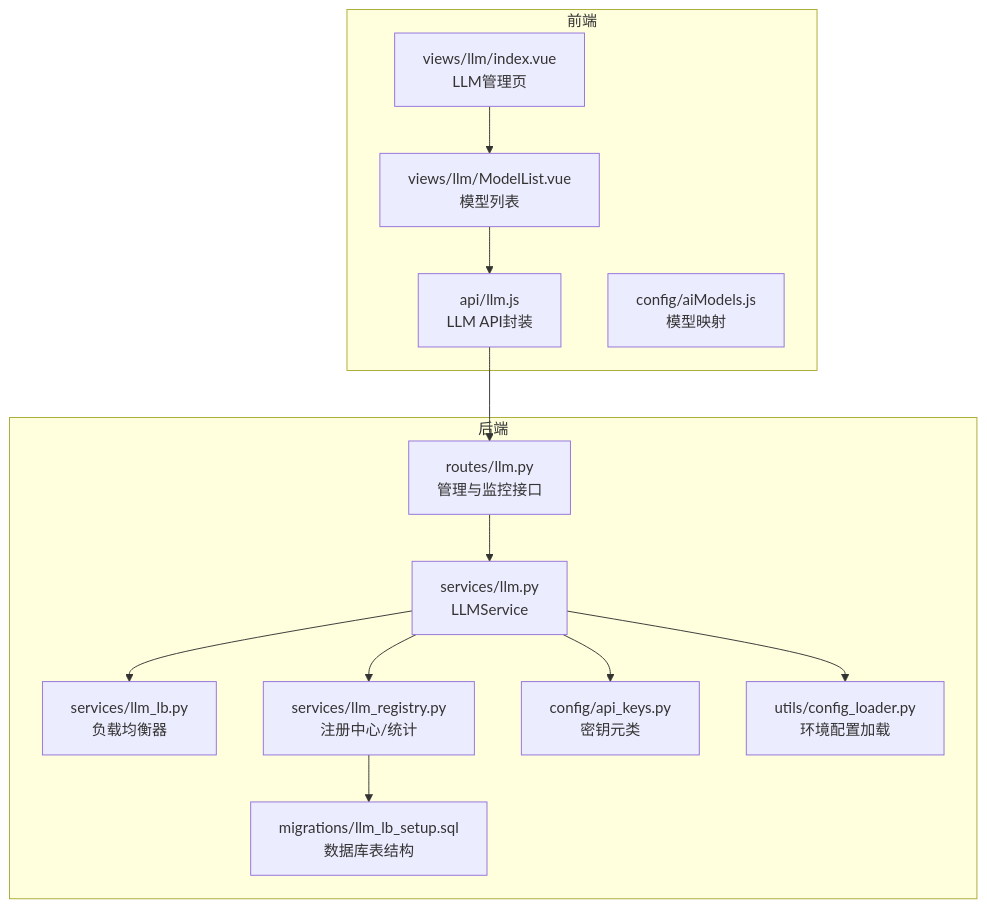
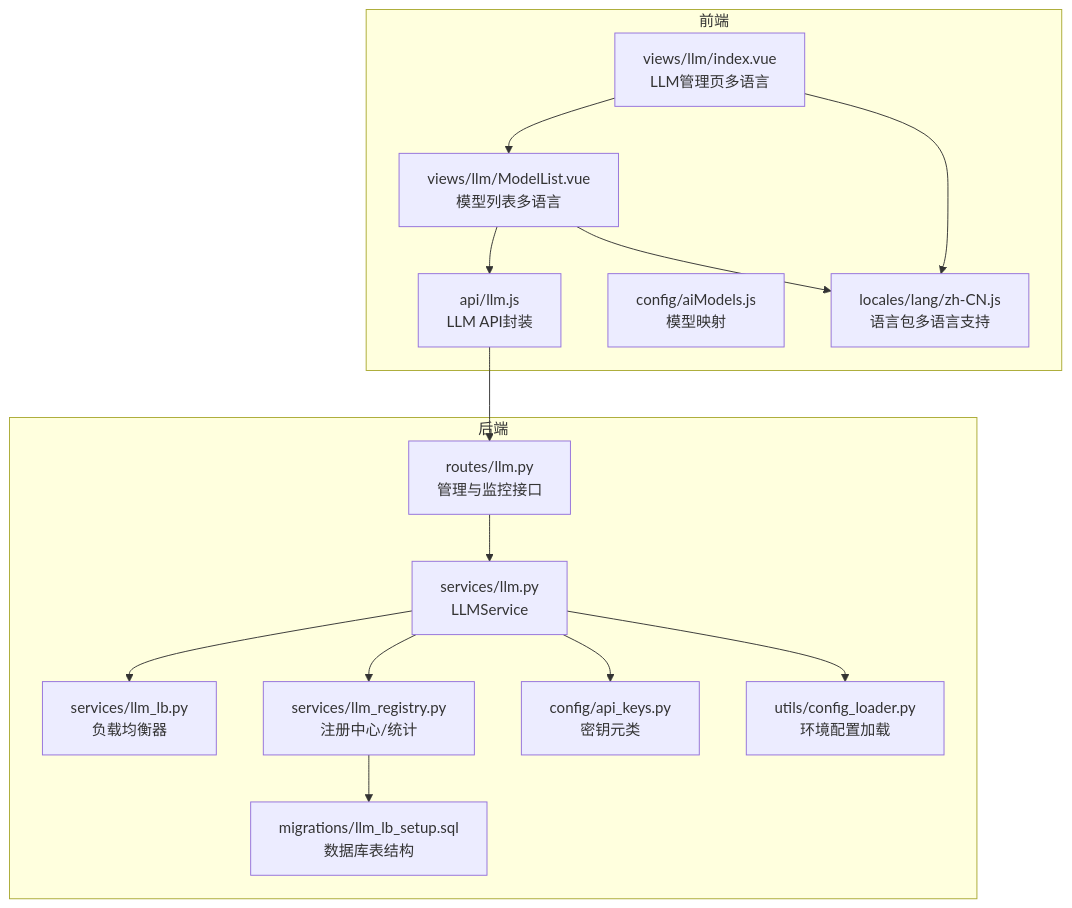
The first of 8 diagrams in .qoder/repowiki/zh/content/核心功能模块/AI研究分析系统/LLM集成系统/LLM集成系统.md (joezxh/QuantDinger), drawn with Mermaid before and after one commit. The commit also changed other lines of this file and 116 other files, not shown here.

````diff
--- a/.qoder/repowiki/zh/content/核心功能模块/AI研究分析系统/LLM集成系统/LLM集成系统.md
+++ b/.qoder/repowiki/zh/content/核心功能模块/AI研究分析系统/LLM集成系统/LLM集成系统.md
@@ -44,27 +52,30 @@
 ```mermaid
 graph TB
 subgraph "后端"
 R["routes/llm.py<br/>管理与监控接口"]
 S["services/llm.py<br/>LLMService"]
 LB["services/llm_lb.py<br/>负载均衡器"]
 REG["services/llm_registry.py<br/>注册中心/统计"]
 CFG["config/api_keys.py<br/>密钥元类"]
 CL["utils/config_loader.py<br/>环境配置加载"]
 SQL["migrations/llm_lb_setup.sql<br/>数据库表结构"]
 end
 subgraph "前端"
-FE_IDX["views/llm/index.vue<br/>LLM管理页"]
-FE_MODEL["views/llm/ModelList.vue<br/>模型列表"]
+FE_IDX["views/llm/index.vue<br/>LLM管理页多语言"]
+FE_MODEL["views/llm/ModelList.vue<br/>模型列表多语言"]
 FE_API["api/llm.js<br/>LLM API封装"]
 FE_MODELS["config/aiModels.js<br/>模型映射"]
+LANG["locales/lang/zh-CN.js<br/>语言包多语言支持"]
 end
 FE_IDX --> FE_MODEL
 FE_MODEL --> FE_API
 FE_API --> R
 R --> S
 S --> LB
 S --> REG
 S --> CFG
 S --> CL
 REG --> SQL
+FE_IDX --> LANG
+FE_MODEL --> LANG
 ```
````
